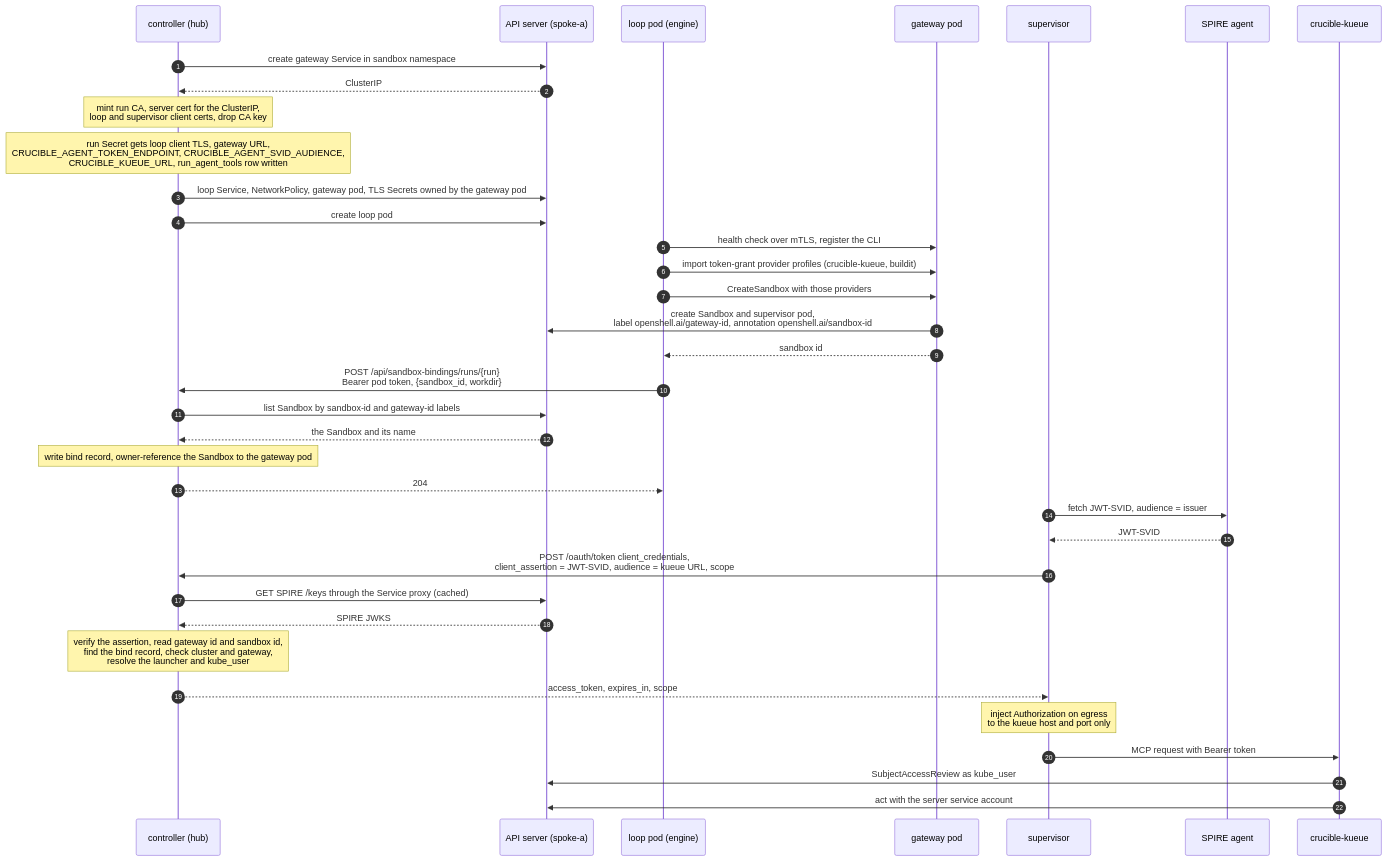
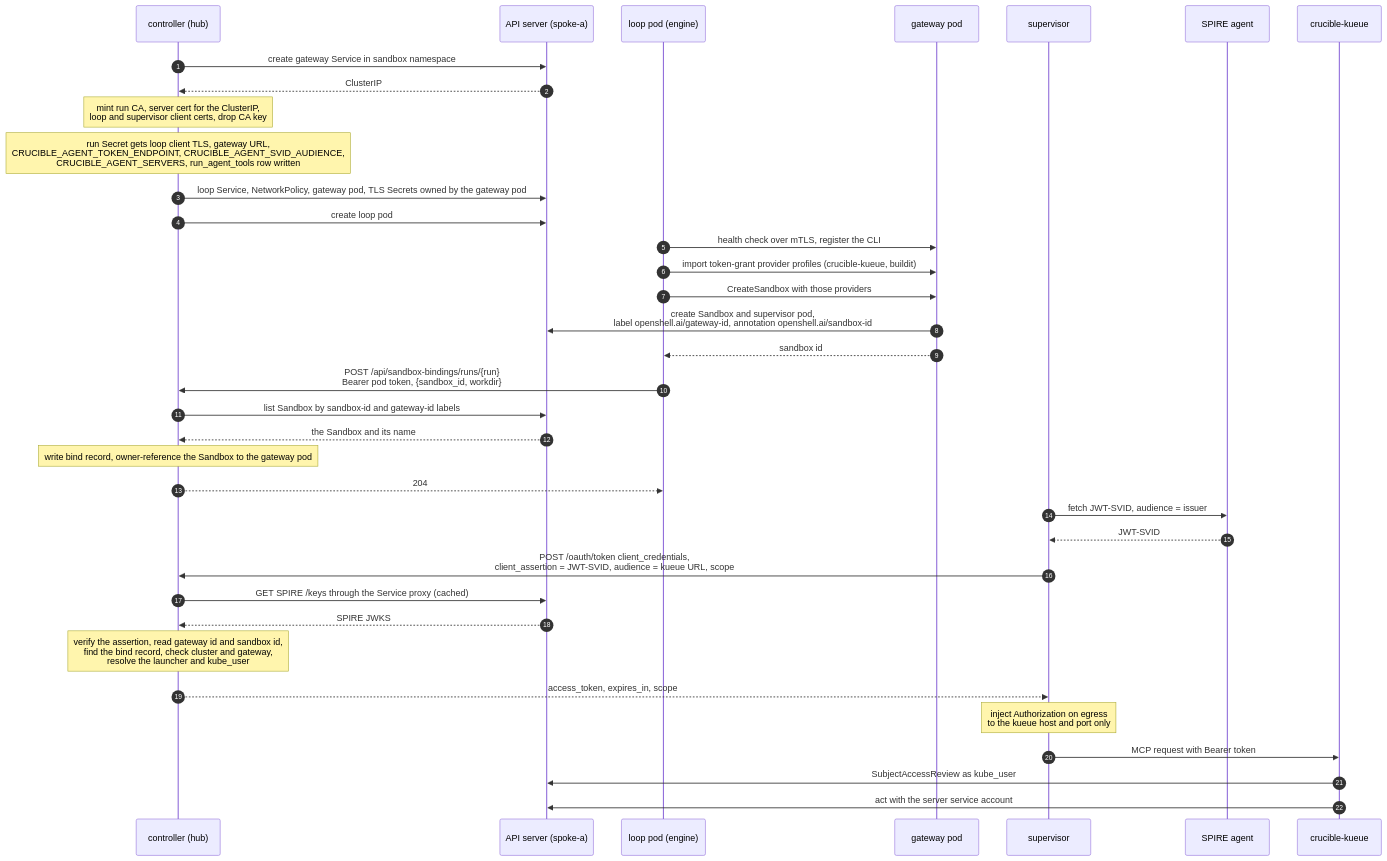
One commit to neuralmagic/crucible changed the second of 12 diagrams in docs/agent-mcp-architecture.md. Above: the diagram before and after it, drawn with Mermaid. The commit also changed other lines of this file and 27 other files, not shown here.

First line of the commit message:
Grant agent servers as one generic list, buildit included

````diff
--- a/docs/agent-mcp-architecture.md
+++ b/docs/agent-mcp-architecture.md
@@ -334,38 +334,38 @@
 ```mermaid
 sequenceDiagram
     autonumber
     participant C as controller (hub)
     participant A as API server (spoke-a)
     participant L as loop pod (engine)
     participant G as gateway pod
     participant S as supervisor
     participant P as SPIRE agent
     participant K as crucible-kueue
     C->>A: create gateway Service in sandbox namespace
     A-->>C: ClusterIP
     Note over C: mint run CA, server cert for the ClusterIP,<br/>loop and supervisor client certs, drop CA key
-    Note over C: run Secret gets loop client TLS, gateway URL,<br/>CRUCIBLE_AGENT_TOKEN_ENDPOINT, CRUCIBLE_AGENT_SVID_AUDIENCE,<br/>CRUCIBLE_KUEUE_URL, run_agent_tools row written
+    Note over C: run Secret gets loop client TLS, gateway URL,<br/>CRUCIBLE_AGENT_TOKEN_ENDPOINT, CRUCIBLE_AGENT_SVID_AUDIENCE,<br/>CRUCIBLE_AGENT_SERVERS, run_agent_tools row written
     C->>A: loop Service, NetworkPolicy, gateway pod, TLS Secrets owned by the gateway pod
     C->>A: create loop pod
     L->>G: health check over mTLS, register the CLI
     L->>G: import token-grant provider profiles (crucible-kueue, buildit)
     L->>G: CreateSandbox with those providers
     G->>A: create Sandbox and supervisor pod,<br/>label openshell.ai/gateway-id, annotation openshell.ai/sandbox-id
     G-->>L: sandbox id
     L->>C: POST /api/sandbox-bindings/runs/{run}<br/>Bearer pod token, {sandbox_id, workdir}
     C->>A: list Sandbox by sandbox-id and gateway-id labels
     A-->>C: the Sandbox and its name
     Note over C: write bind record, owner-reference the Sandbox to the gateway pod
     C-->>L: 204
     S->>P: fetch JWT-SVID, audience = issuer
     P-->>S: JWT-SVID
     S->>C: POST /oauth/token client_credentials,<br/>client_assertion = JWT-SVID, audience = kueue URL, scope
     C->>A: GET SPIRE /keys through the Service proxy (cached)
     A-->>C: SPIRE JWKS
     Note over C: verify the assertion, read gateway id and sandbox id,<br/>find the bind record, check cluster and gateway,<br/>resolve the launcher and kube_user
     C-->>S: access_token, expires_in, scope
     Note over S: inject Authorization on egress<br/>to the kueue host and port only
     S->>K: MCP request with Bearer token
     K->>A: SubjectAccessReview as kube_user
     K->>A: act with the server service account
 ```
````
